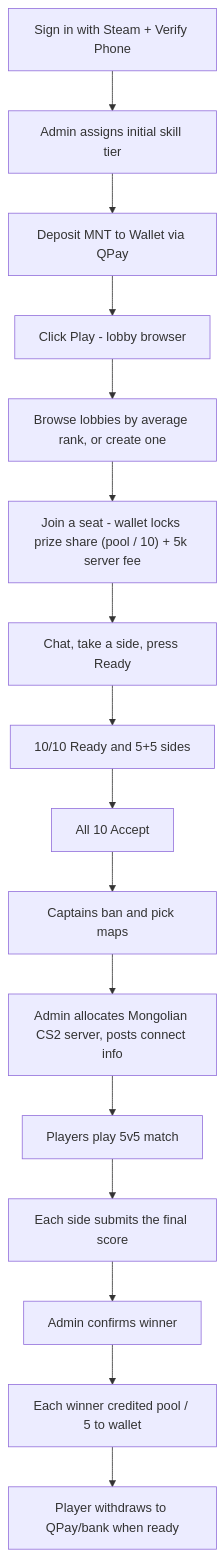
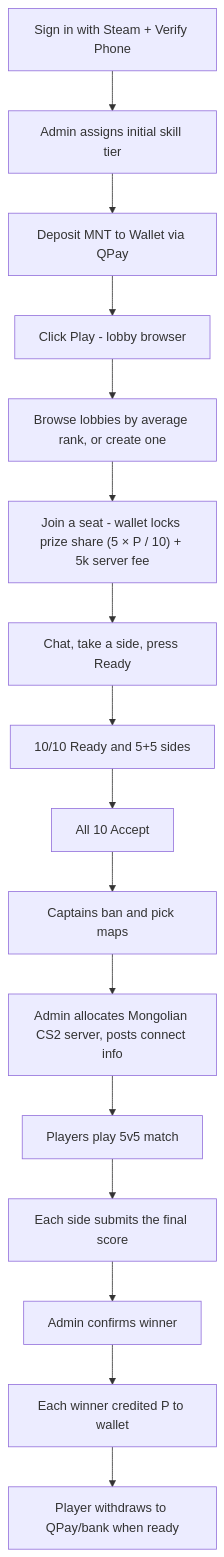
Before and after one commit to Chinkhusel14/bulaa: the diagram in docs/PRD.md, drawn with Mermaid. The commit also changed other lines of this file and 39 other files, not shown here.

````diff
--- a/docs/PRD.md
+++ b/docs/PRD.md
@@ -111,18 +111,18 @@
 ```mermaid
 flowchart TD
     SignUp[Sign in with Steam + Verify Phone] --> KYC[Admin assigns initial skill tier]
     KYC --> Deposit[Deposit MNT to Wallet via QPay]
     Deposit --> Play[Click Play - lobby browser]
     Play --> Pick["Browse lobbies by average rank, or create one"]
-    Pick --> Join["Join a seat - wallet locks prize share (pool / 10) + 5k server fee"]
+    Pick --> Join["Join a seat - wallet locks prize share (5 × P / 10) + 5k server fee"]
     Join --> Lobby["Chat, take a side, press Ready"]
     Lobby --> AllReady["10/10 Ready and 5+5 sides"]
     AllReady --> Accept["All 10 Accept"]
     Accept --> Veto["Captains ban and pick maps"]
     Veto --> ServerReady[Admin allocates Mongolian CS2 server, posts connect info]
     ServerReady --> Match[Players play 5v5 match]
     Match --> Scores[Each side submits the final score]
     Scores --> AdminConfirm[Admin confirms winner]
-    AdminConfirm --> Payout["Each winner credited pool / 5 to wallet"]
+    AdminConfirm --> Payout["Each winner credited P to wallet"]
     Payout --> Withdraw[Player withdraws to QPay/bank when ready]
 ```
````
